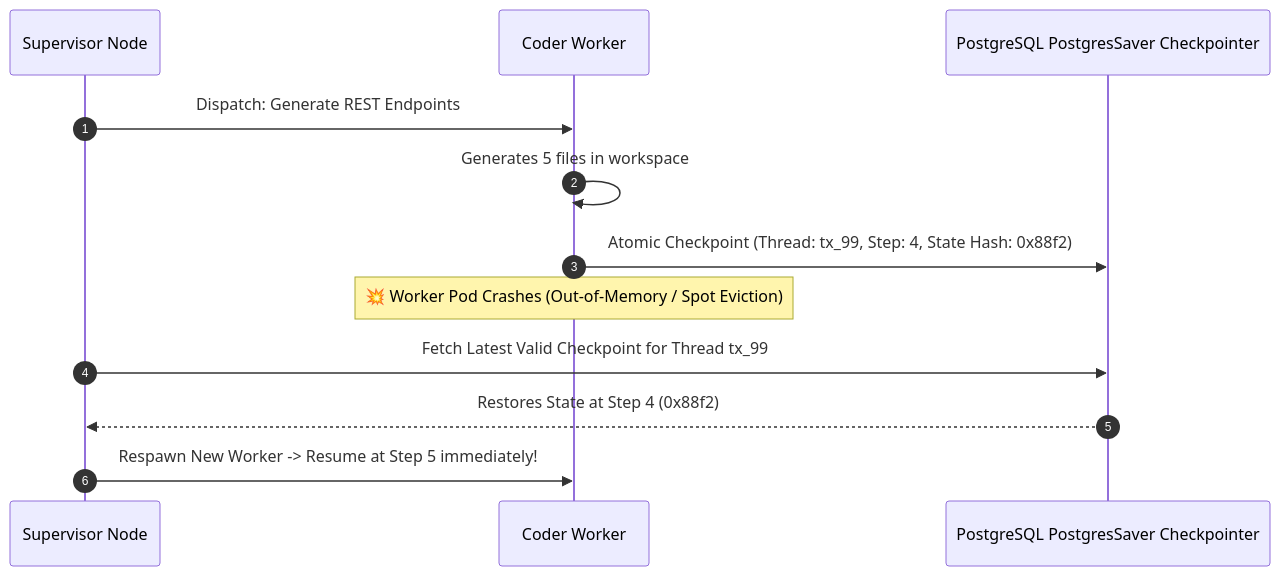
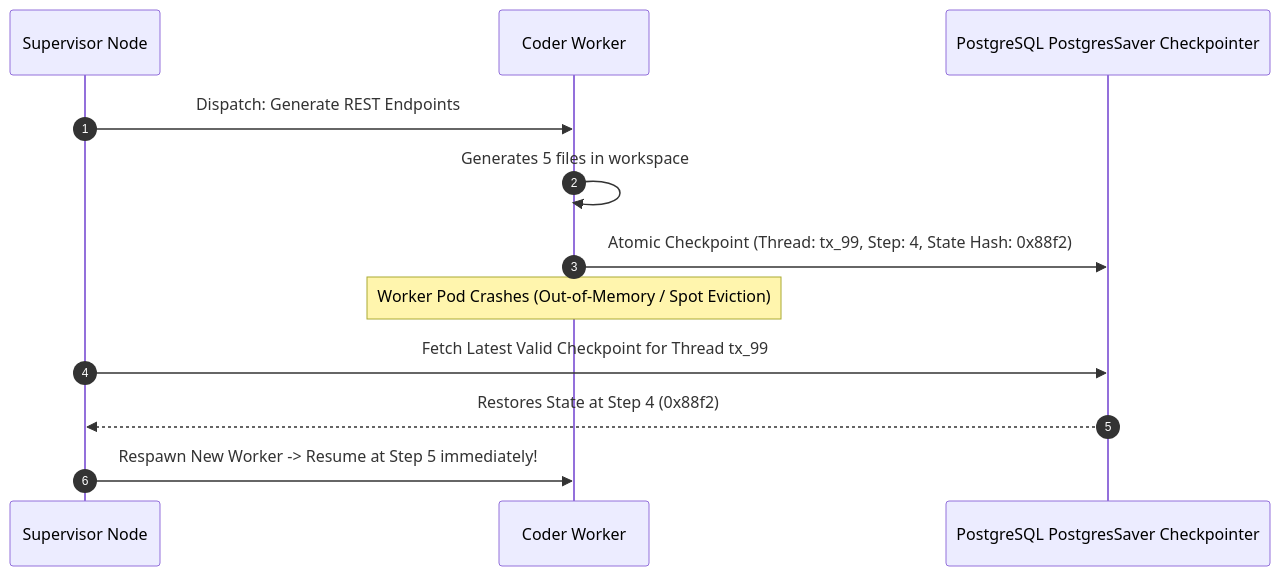
The second of 3 diagrams in blog/posts/blueprint-production-ai-agent-swarms-10-architectural-principles.md (akmalkhaniub/akmalkhaniub.github.io), drawn with Mermaid before and after one commit. The commit also changed other lines of this file and 411 other files, not shown here.

````diff
--- a/blog/posts/blueprint-production-ai-agent-swarms-10-architectural-principles.md
+++ b/blog/posts/blueprint-production-ai-agent-swarms-10-architectural-principles.md
@@ -96,15 +96,15 @@
 ```mermaid
 sequenceDiagram
   autonumber
   participant S as Supervisor Node
   participant C as Coder Worker
   participant DB as PostgreSQL PostgresSaver Checkpointer
 
   S->>C: Dispatch: Generate REST Endpoints
   C->>C: Generates 5 files in workspace
   C->>DB: Atomic Checkpoint (Thread: tx_99, Step: 4, State Hash: 0x88f2)
-  Note over C: 💥 Worker Pod Crashes (Out-of-Memory / Spot Eviction)
+  Note over C:  Worker Pod Crashes (Out-of-Memory / Spot Eviction)
   S->>DB: Fetch Latest Valid Checkpoint for Thread tx_99
   DB-->>S: Restores State at Step 4 (0x88f2)
   S->>C: Respawn New Worker -> Resume at Step 5 immediately!
 ```
````
